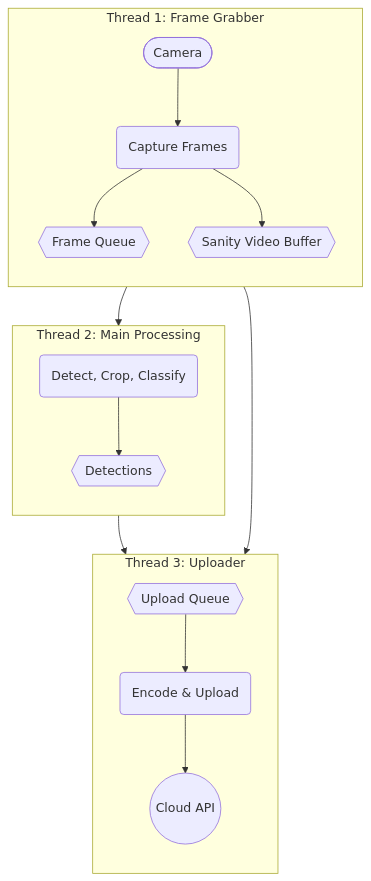
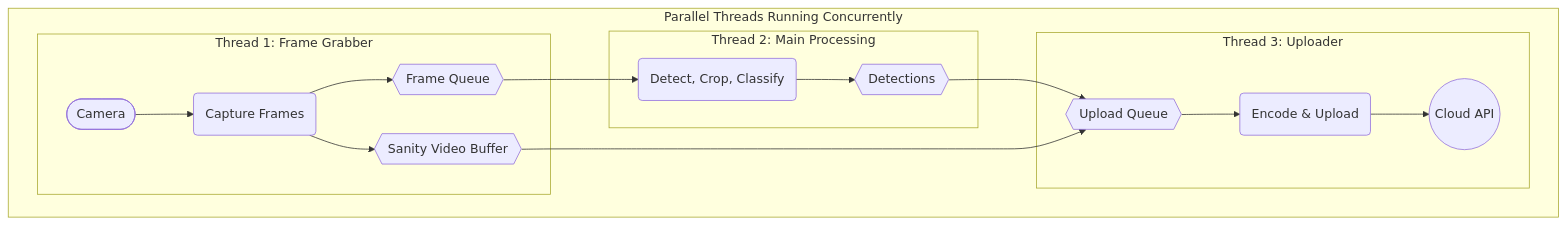
One commit to orlandocloss/twostage-hailo-inference changed the diagram in README.md. Above: the diagram before and after it, drawn with Mermaid.

Commit message:
horizontal label

````diff
--- a/README.md
+++ b/README.md
@@ -45,26 +45,25 @@
 ```mermaid
 graph TD
-    subgraph "Thread 1: Frame Grabber"
-        direction TB
-        Cam([Camera]) --> T1(Capture Frames);
-        T1 --> FQ{{Frame Queue}};
-        T1 --> SVB{{Sanity Video Buffer}};
+    subgraph "Parallel Threads Running Concurrently"
+        subgraph "Thread 1: Frame Grabber"
+            Cam([Camera]) --> T1(Capture Frames)
+            T1 --> FQ{{Frame Queue}}
+            T1 --> SVB{{Sanity Video Buffer}}
+        end
+
+        subgraph "Thread 2: Main Processing"
+            T2("Detect, Crop, Classify")
+            FQ --> T2
+            T2 --> DB{{Detections}}
+        end
+        
+        subgraph "Thread 3: Uploader"
+            T3(Encode & Upload)
+            UQ{{Upload Queue}} --> T3
+            T3 --> Cloud((Cloud API))
+        end
     end
 
-    subgraph "Thread 2: Main Processing"
-        direction TB
-        T2("Detect, Crop, Classify");
-        FQ --> T2;
-        T2 --> DB{{Detections}};
-    end
-    
-    subgraph "Thread 3: Uploader"
-        direction TB
-        T3(Encode & Upload);
-        UQ{{Upload Queue}} --> T3;
-        T3 --> Cloud((Cloud API));
-    end
-
-    DB --> UQ;
-    SVB --> UQ;
+    DB --> UQ
+    SVB --> UQ
 ```
````
